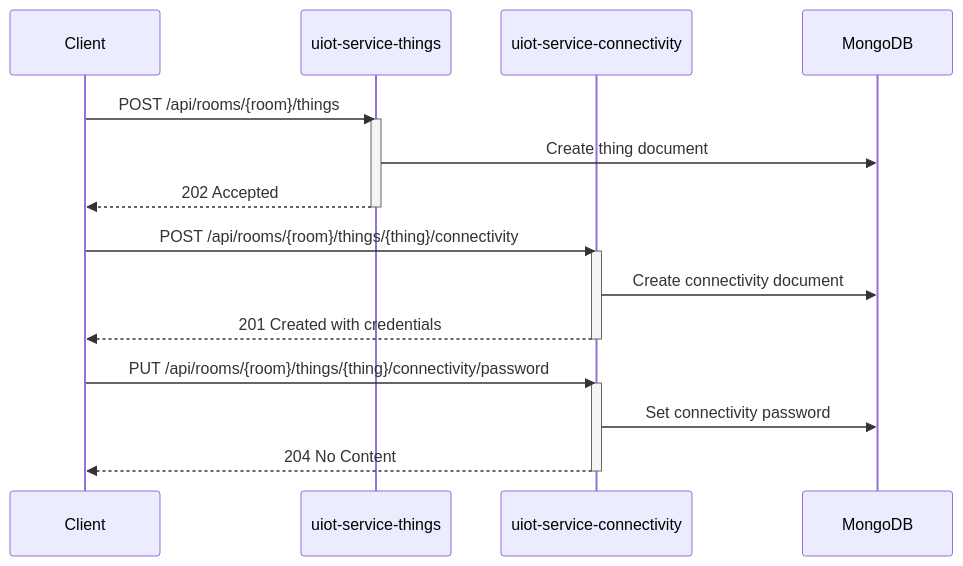
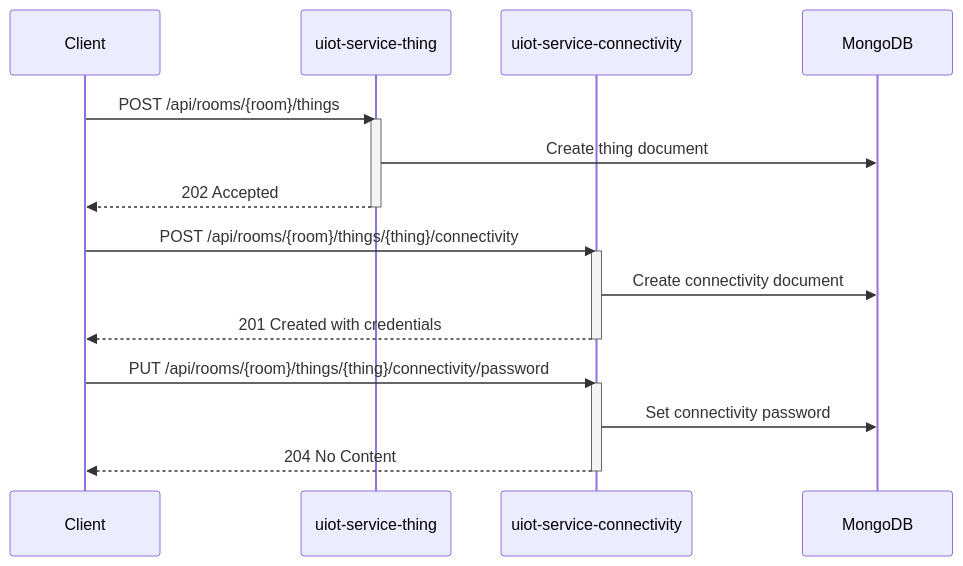
Before and after one commit to malczuuu/uiot: the second of 6 diagrams in README.md, drawn with Mermaid. The commit also changed other lines of this file and 230 other files, not shown here.

````diff
--- a/README.md
+++ b/README.md
@@ -111,22 +110,22 @@
 ```mermaid
 sequenceDiagram
     participant Client
-    participant ThingsAPI as uiot-service-things
+    participant ThingsAPI as uiot-service-thing
     participant ConnectivityAPI as uiot-service-connectivity
     participant MongoDB as MongoDB
     Client ->> ThingsAPI: POST /api/rooms/{room}/things
     activate ThingsAPI
     ThingsAPI ->> MongoDB: Create thing document
     ThingsAPI -->> Client: 202 Accepted
     deactivate ThingsAPI
     Client ->> ConnectivityAPI: POST /api/rooms/{room}/things/{thing}/connectivity
     activate ConnectivityAPI
     ConnectivityAPI ->> MongoDB: Create connectivity document
     ConnectivityAPI -->> Client: 201 Created with credentials
     deactivate ConnectivityAPI
     Client ->> ConnectivityAPI: PUT /api/rooms/{room}/things/{thing}/connectivity/password
     activate ConnectivityAPI
     ConnectivityAPI ->> MongoDB: Set connectivity password
     ConnectivityAPI -->> Client: 204 No Content
     deactivate ConnectivityAPI
 ```
````
